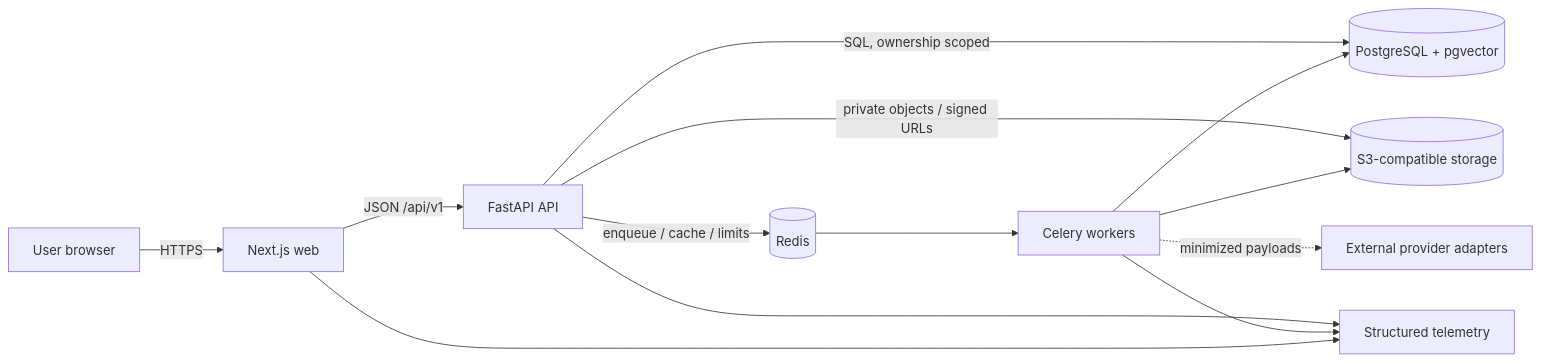
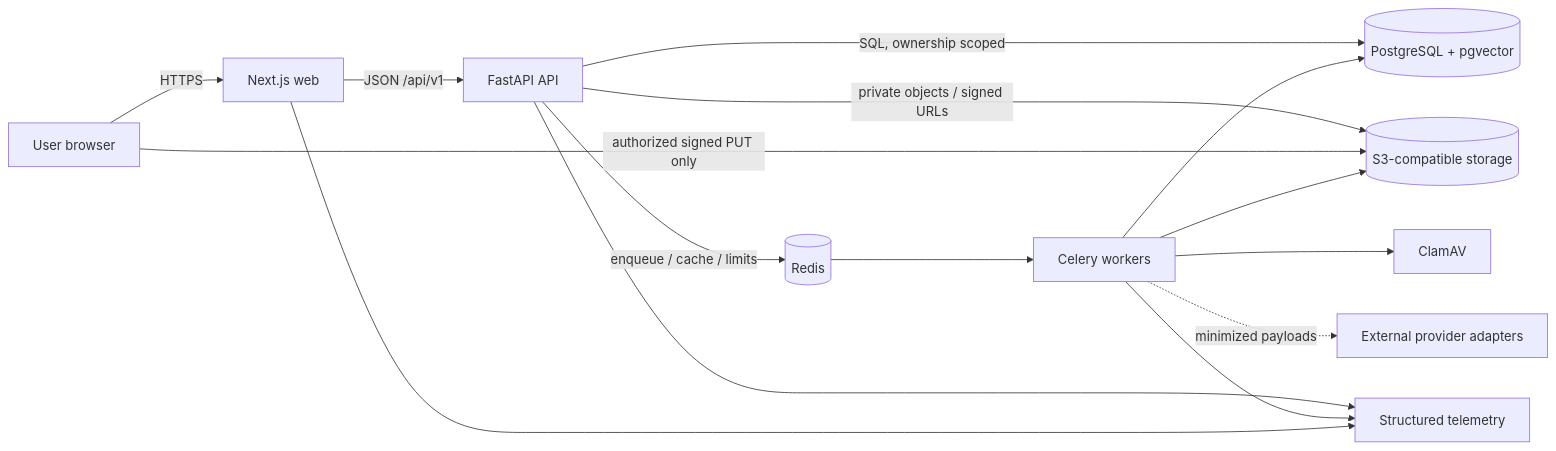
Before and after one commit to Ankit-Kotnala/Meridian: the first of 2 diagrams in docs/architecture.md, drawn with Mermaid. The commit also changed other lines of this file and 166 other files, not shown here.

````diff
--- a/docs/architecture.md
+++ b/docs/architecture.md
@@ -45,15 +47,17 @@
 ```mermaid
 flowchart LR
     U[User browser] -->|HTTPS| W[Next.js web]
     W -->|JSON /api/v1| A[FastAPI API]
     A -->|SQL, ownership scoped| P[(PostgreSQL + pgvector)]
     A -->|enqueue / cache / limits| R[(Redis)]
     A -->|private objects / signed URLs| O[(S3-compatible storage)]
+    U -->|authorized signed PUT only| O
     R --> Q[Celery workers]
     Q --> P
     Q --> O
+    Q --> C[ClamAV]
     Q -. minimized payloads .-> X[External provider adapters]
     A --> T[Structured telemetry]
     Q --> T
     W --> T
 ```
````
